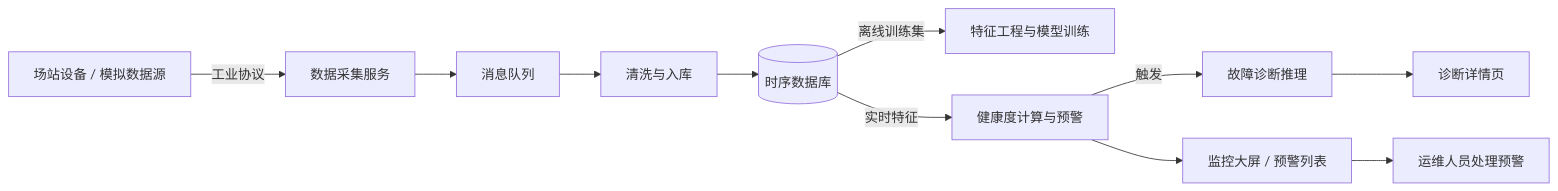
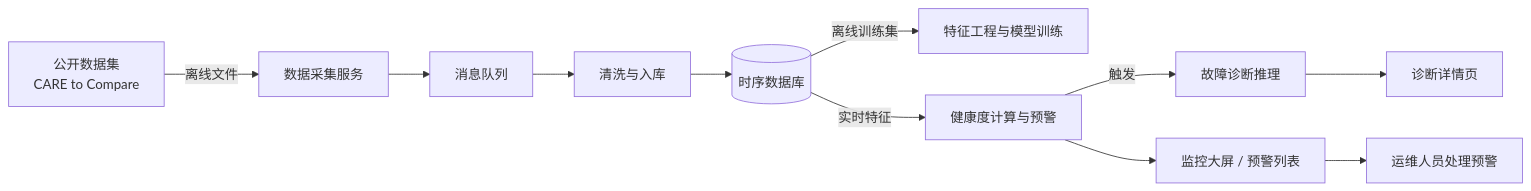
Before and after one commit to sirlu666/electronic: the first of 2 diagrams in docs/需求分析.md, drawn with Mermaid. The commit also changed other lines of this file, not shown here.

````diff
--- a/docs/需求分析.md
+++ b/docs/需求分析.md
@@ -87,13 +89,13 @@
 ```mermaid
 flowchart LR
-    DEV[场站设备 / 模拟数据源] -->|工业协议| A1[数据采集服务]
+    DS[公开数据集<br/>CARE to Compare] -->|离线文件| A1[数据采集服务]
     A1 --> MQ[消息队列]
     MQ --> A2[清洗与入库]
     A2 --> TSDB[(时序数据库)]
     TSDB -->|离线训练集| B1[特征工程与模型训练]
     TSDB -->|实时特征| B2[健康度计算与预警]
     B2 -->|触发| B3[故障诊断推理]
     B2 --> C1[监控大屏 / 预警列表]
     B3 --> C2[诊断详情页]
     C1 --> U[运维人员处理预警]
 ```
````
